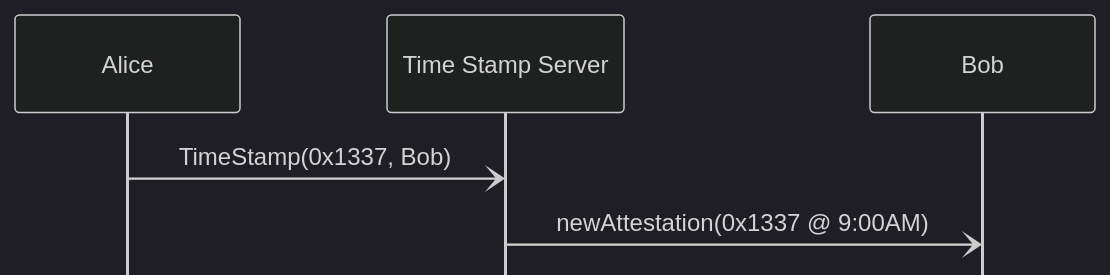
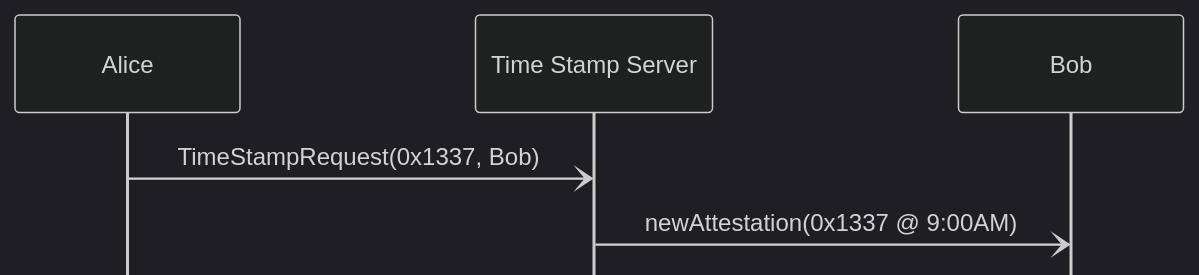
One commit to anoma/nspec changed the second of 3 diagrams in docs/tutorial/engines/index.juvix.md. Above: the diagram before and after it, drawn with Mermaid (dark theme). The commit also changed other lines of this file, not shown here.

````diff
--- a/docs/tutorial/engines/index.juvix.md
+++ b/docs/tutorial/engines/index.juvix.md
@@ -103,9 +103,9 @@
 	```mermaid
 	%%{initialize: {'mirrorActors': false, "htmlLabels": true} }%%
 	sequenceDiagram
 		participant A as Alice
 		participant S as Time Stamp Server
 		participant B as Bob
-		A -) S: TimeStamp(0x1337, Bob)
+		A -) S: TimeStampRequest(0x1337, Bob)
 		S -) B: newAttestation(0x1337 @ 9:00AM)
 	```
````
